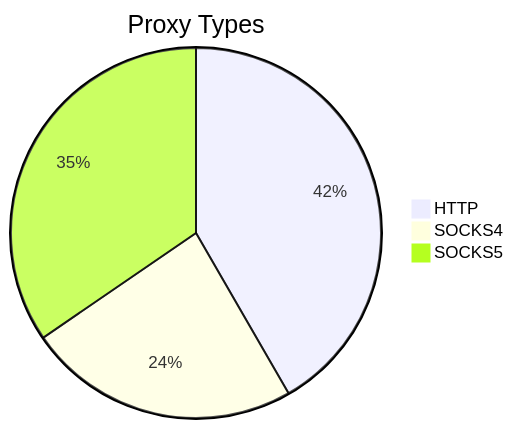
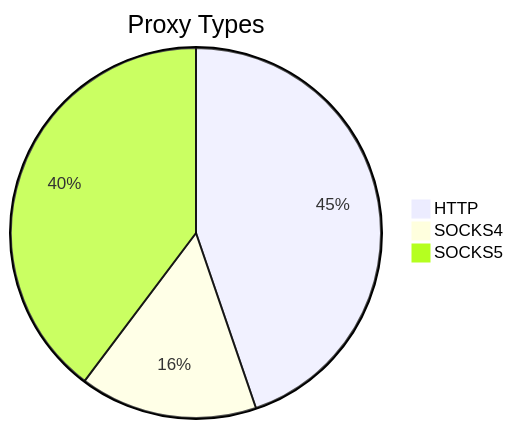
One commit to stormsia/proxy-list changed the first of 2 diagrams in README.md. Above: the diagram before and after it, drawn with Mermaid. The commit also changed other lines of this file, not shown here.

````diff
--- a/README.md
+++ b/README.md
@@ -21,6 +21,6 @@
 ```mermaid
 pie title Proxy Types
-    "HTTP" : 170
-    "SOCKS4" : 97
-    "SOCKS5" : 141
+    "HTTP" : 98
+    "SOCKS4" : 34
+    "SOCKS5" : 87
 ```
````
